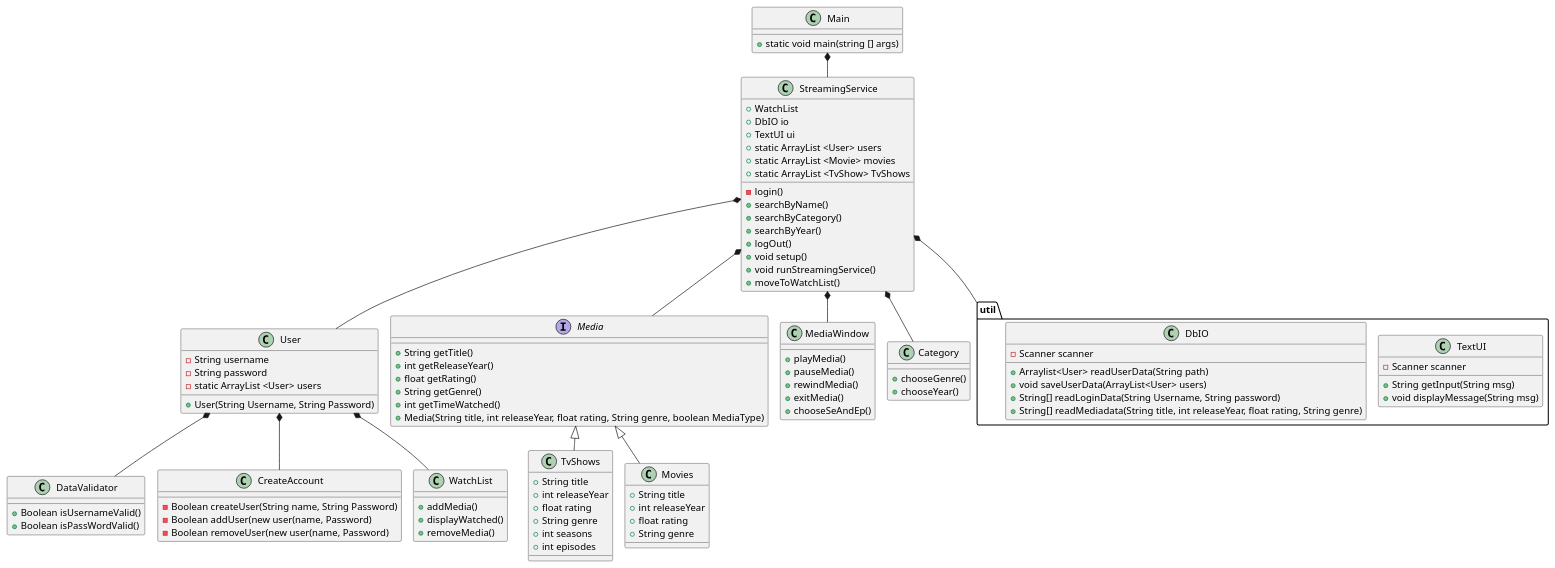
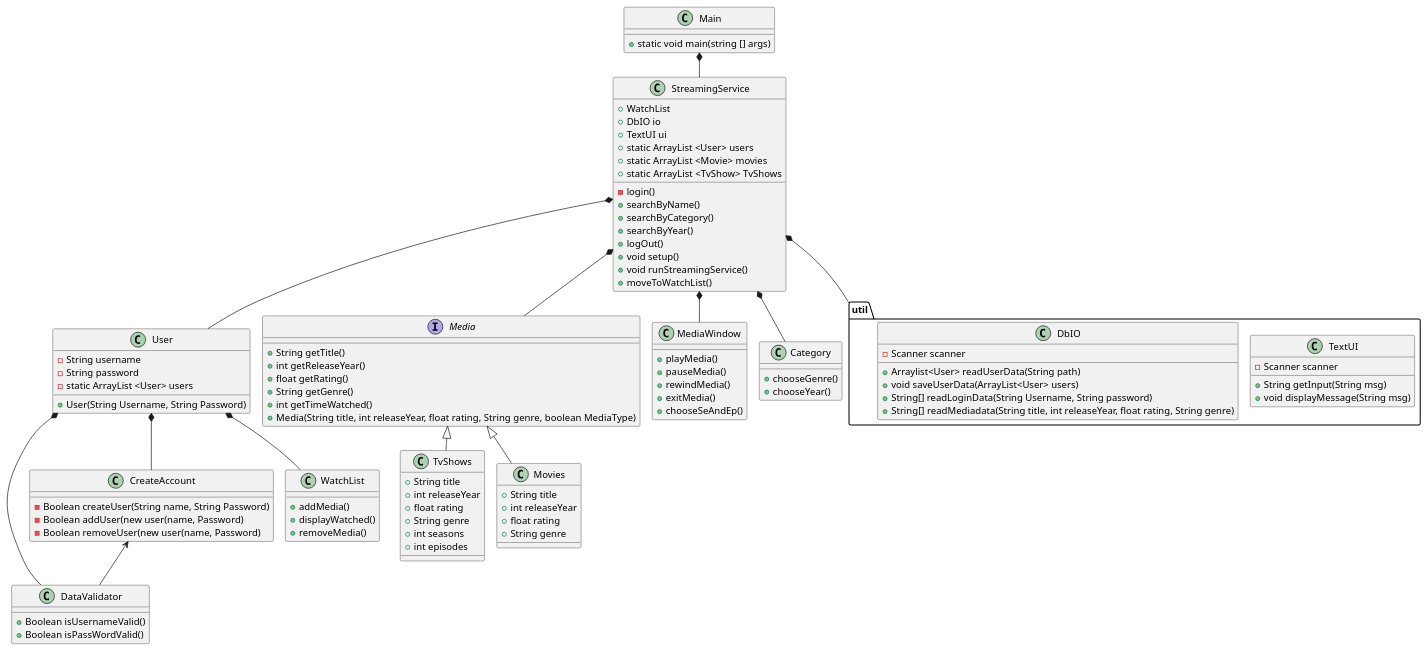
One commit to PatrickPlease/ICE-Please changed the diagram in doc/static/ClassDiagram.puml. Above: the diagram before and after it, drawn with PlantUML. The commit also changed 5 other files, not shown here.

```diff
--- a/doc/static/ClassDiagram.puml
+++ b/doc/static/ClassDiagram.puml
@@ -1,121 +1,122 @@
 @startuml
 'Domænemodellen giver nye entity klasser
 'Pakker, model og util
 !pragma layout smetana
 
 class Main
 class User
 class DataValidator
 class CreateAccount
 class WatchList
 interface Media
 class TvShows
 class Movies
 class MediaWindow
 class Category
 class StreamingService
 
 
 package "util"{
        class TextUI
        class DbIO
        }
 
 Main *-- StreamingService
 StreamingService *-- User
 User *-- DataValidator
+CreateAccount <-- DataValidator
 User *-- CreateAccount
 User *-- WatchList
 StreamingService *-- Media
 Media <|-- Movies
 Media <|-- TvShows
 StreamingService *-- MediaWindow
 StreamingService *-- util
 StreamingService *-- Category
 
 Main : + static void main(string [] args)
 
 
 StreamingService : + WatchList
 StreamingService : + DbIO io
 StreamingService : + TextUI ui
 StreamingService : + static ArrayList <User> users
 StreamingService : + static ArrayList <Movie> movies
 StreamingService : + static ArrayList <TvShow> TvShows
 '---_new-----
 StreamingService : - login()
 StreamingService : + searchByName()
 StreamingService : + searchByCategory()
 StreamingService : + searchByYear()
 StreamingService : + logOut()
 StreamingService : + void setup()
 StreamingService : + void runStreamingService()
 StreamingService : + moveToWatchList()
 '-----------
 
 User : - String username
 User : - String password
 User : - static ArrayList <User> users
 '---_new-----
 User : + User(String Username, String Password)
 
 '-----------
 
 '---_new-----
 DataValidator : + Boolean isUsernameValid()
 DataValidator : + Boolean isPassWordValid()
 '-----------
 
 CreateAccount : - Boolean createUser(String name, String Password)
 CreateAccount : - Boolean addUser(new user(name, Password)
 CreateAccount : - Boolean removeUser(new user(name, Password)
 
 
 WatchList : + addMedia()
 WatchList : + displayWatched()
 WatchList : + removeMedia()
 
 
 Media : + String getTitle()
 Media : + int getReleaseYear()
 Media : + float getRating()
 Media : + String getGenre()
 Media : + int getTimeWatched()
 '---_new-----
 Media : + Media(String title, int releaseYear, float rating, String genre, boolean MediaType)
 '-----------
 
 TvShows : + String title
 TvShows : + int releaseYear
 TvShows : + float rating
 TvShows : + String genre
 TvShows : + int seasons
 TvShows : + int episodes
 
 Movies : + String title
 Movies : + int releaseYear
 Movies : + float rating
 Movies : + String genre
 
 MediaWindow : + playMedia()
 MediaWindow : + pauseMedia()
 MediaWindow : + rewindMedia()
 MediaWindow : + exitMedia()
 MediaWindow : + chooseSeAndEp()
 
 Category : + chooseGenre()
 Category : + chooseYear()
 
 DbIO : - Scanner scanner
 '---_new-----
 DbIO : + Arraylist<User> readUserData(String path)
 DbIO : + void saveUserData(ArrayList<User> users)
 DbIO : + String[] readLoginData(String Username, String password)
 DbIO : + String[] readMediadata(String title, int releaseYear, float rating, String genre)
 '-----------
 
 TextUI : + String getInput(String msg)
 TextUI : - Scanner scanner
 TextUI : + void displayMessage(String msg)
 
 @enduml
```
